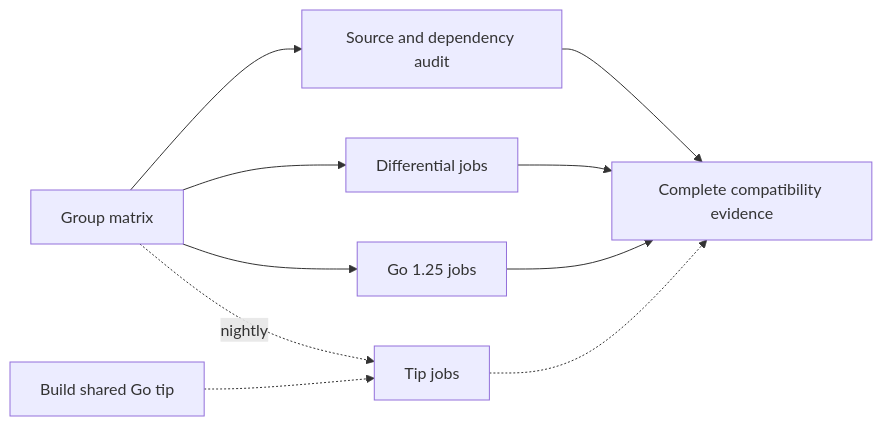
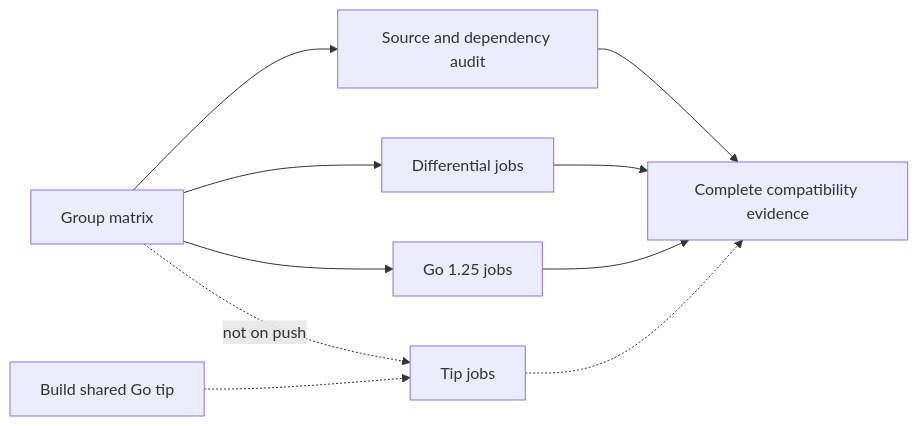
Before and after one commit to DataDog/ddtest: the diagram in ddto/docs/validation.md, drawn with Mermaid. The commit also changed other lines of this file and 6 other files, not shown here.

````diff
--- a/ddto/docs/validation.md
+++ b/ddto/docs/validation.md
@@ -259,12 +261,12 @@
 ```mermaid
 flowchart LR
     Plan[Group matrix] --> Audit[Source and dependency audit]
     Plan --> Differential[Differential jobs]
     Plan --> Mini[Go 1.25 jobs]
-    Plan -. nightly .-> Tip[Tip jobs]
+    Plan -. not on push .-> Tip[Tip jobs]
     Toolchain[Build shared Go tip] -.-> Tip
     Audit --> Evidence[Complete compatibility evidence]
     Differential --> Evidence
     Mini --> Evidence
     Tip -.-> Evidence
 ```
````
